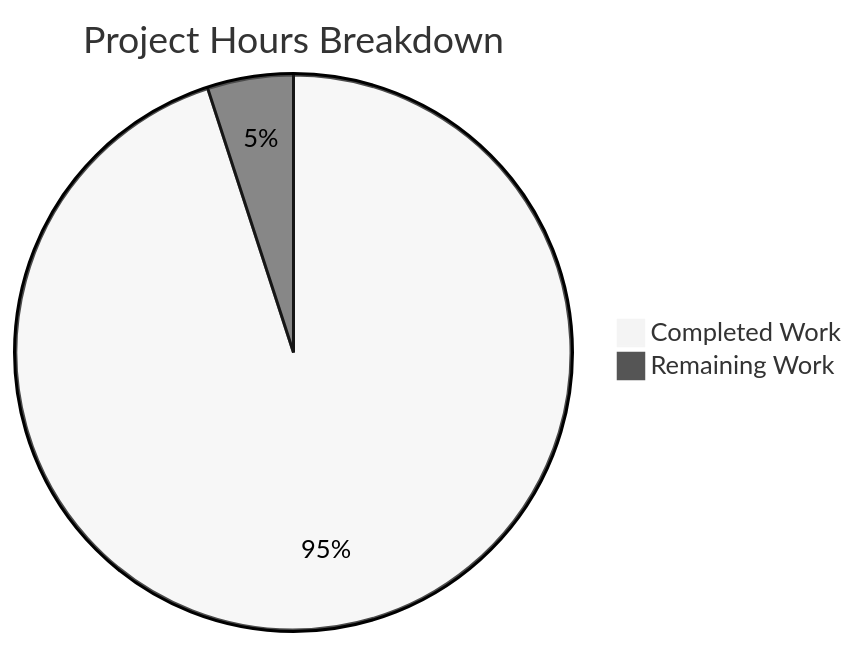
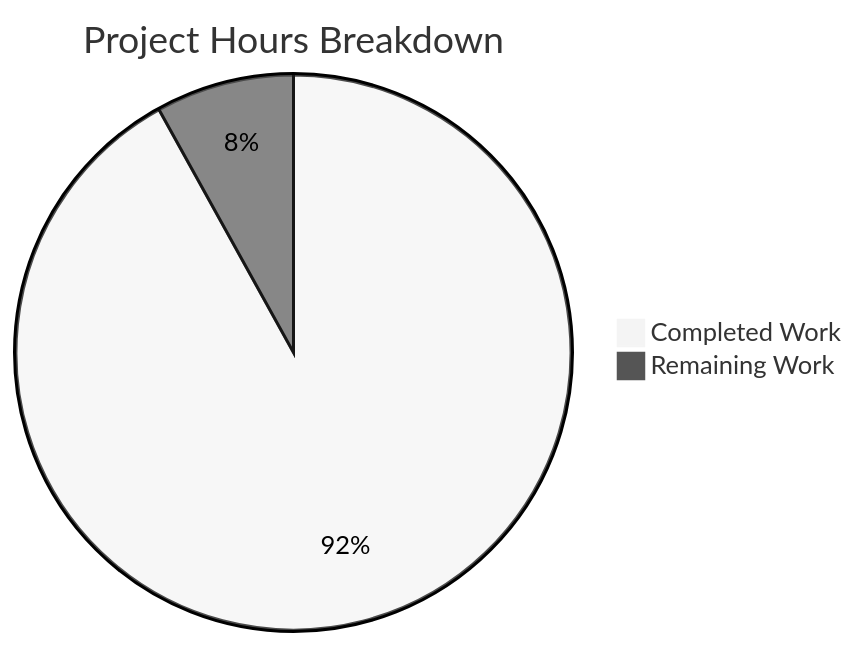
One commit to sudhanshu-spec/test-spec changed the diagram in blitzy/documentation/Project Guide.md. Above: the diagram before and after it, drawn with Mermaid (neutral theme). The commit also changed other lines of this file, not shown here.

Commit message:
Adding Blitzy Project Guide: Project Status and Human Tasks Remaining

````diff
--- a/blitzy/documentation/Project Guide.md
+++ b/blitzy/documentation/Project Guide.md
@@ -90,5 +52,5 @@
 ```mermaid
 pie title Project Hours Breakdown
-    "Completed Work" : 57
-    "Remaining Work" : 3
+    "Completed Work" : 80
+    "Remaining Work" : 7
 ```
````
